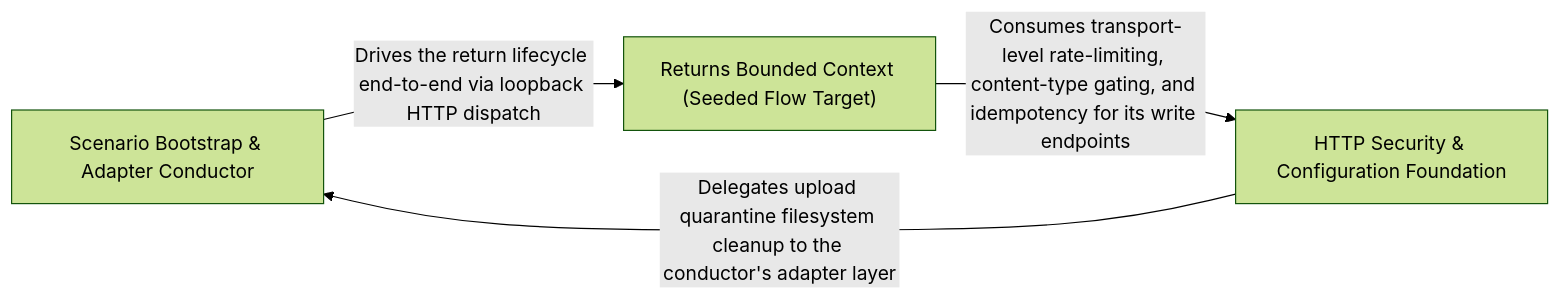
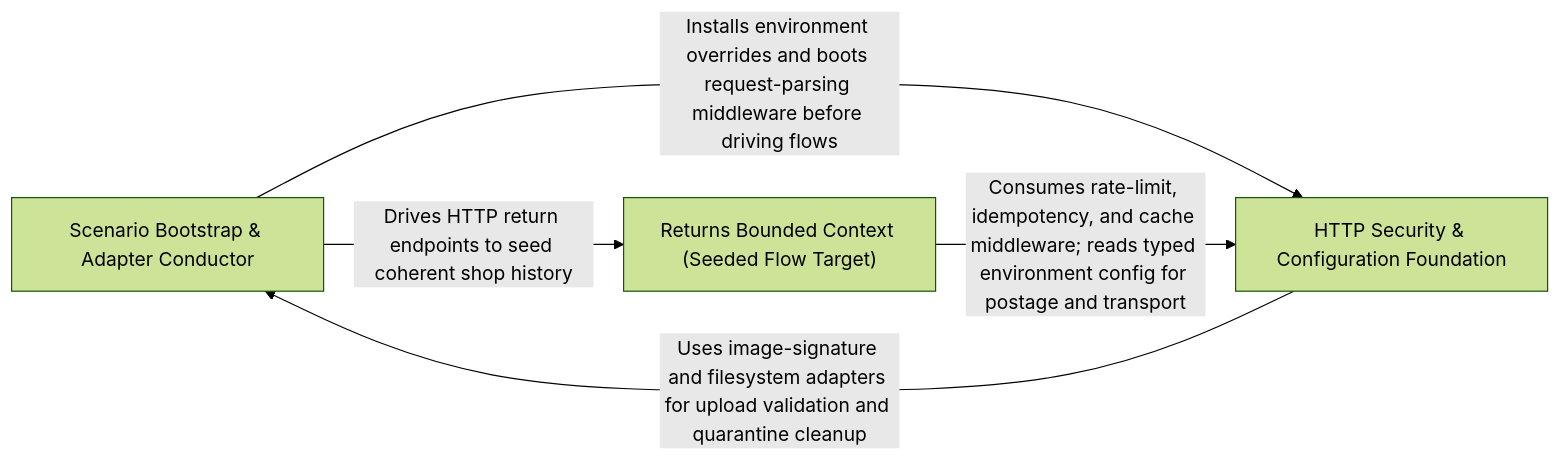
One commit to Guebbit/boilerplate-node-backend changed the diagram in .2brain/arch/Scenario_Application_Orchestrator.md. Above: the diagram before and after it, drawn with Mermaid (forest theme). The commit also changed other lines of this file and 627 other files, not shown here.

````diff
--- a/.2brain/arch/Scenario_Application_Orchestrator.md
+++ b/.2brain/arch/Scenario_Application_Orchestrator.md
@@ -10,9 +10,10 @@
 ```mermaid
 graph LR
     Scenario_Bootstrap_Adapter_Conductor["Scenario Bootstrap & Adapter Conductor"]
     HTTP_Security_Configuration_Foundation["HTTP Security & Configuration Foundation"]
     Returns_Bounded_Context_Seeded_Flow_Target_["Returns Bounded Context (Seeded Flow Target)"]
-    Scenario_Bootstrap_Adapter_Conductor -- "Drives the return lifecycle end-to-end via loopback HTTP dispatch" --> Returns_Bounded_Context_Seeded_Flow_Target_
-    HTTP_Security_Configuration_Foundation -- "Delegates upload quarantine filesystem cleanup to the conductor's adapter layer" --> Scenario_Bootstrap_Adapter_Conductor
-    Returns_Bounded_Context_Seeded_Flow_Target_ -- "Consumes transport-level rate-limiting, content-type gating, and idempotency for its write endpoints" --> HTTP_Security_Configuration_Foundation
+    Scenario_Bootstrap_Adapter_Conductor -- "Installs environment overrides and boots request-parsing middleware before driving flows" --> HTTP_Security_Configuration_Foundation
+    Scenario_Bootstrap_Adapter_Conductor -- "Drives HTTP return endpoints to seed coherent shop history" --> Returns_Bounded_Context_Seeded_Flow_Target_
+    HTTP_Security_Configuration_Foundation -- "Uses image-signature and filesystem adapters for upload validation and quarantine cleanup" --> Scenario_Bootstrap_Adapter_Conductor
+    Returns_Bounded_Context_Seeded_Flow_Target_ -- "Consumes rate-limit, idempotency, and cache middleware; reads typed environment config for postage and transport" --> HTTP_Security_Configuration_Foundation
 ```
````
